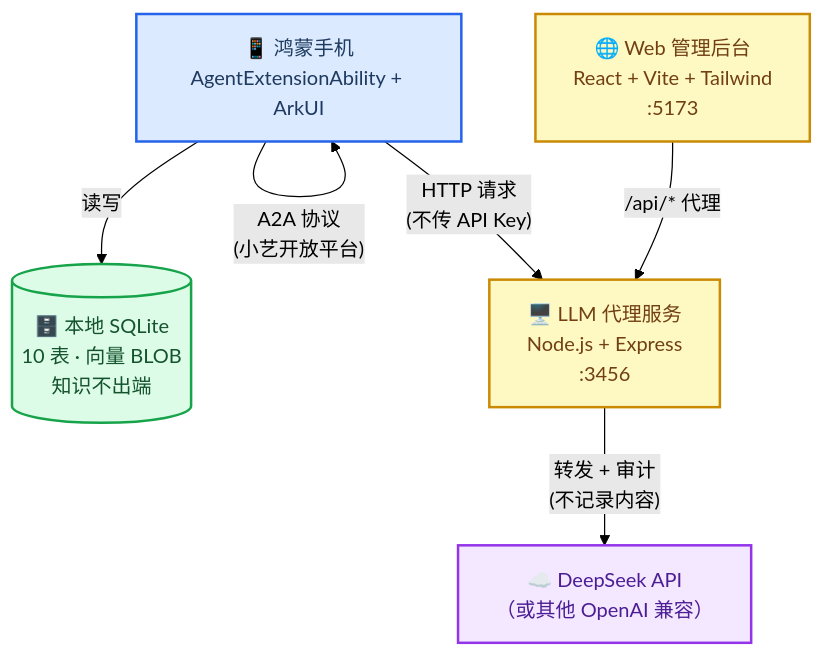
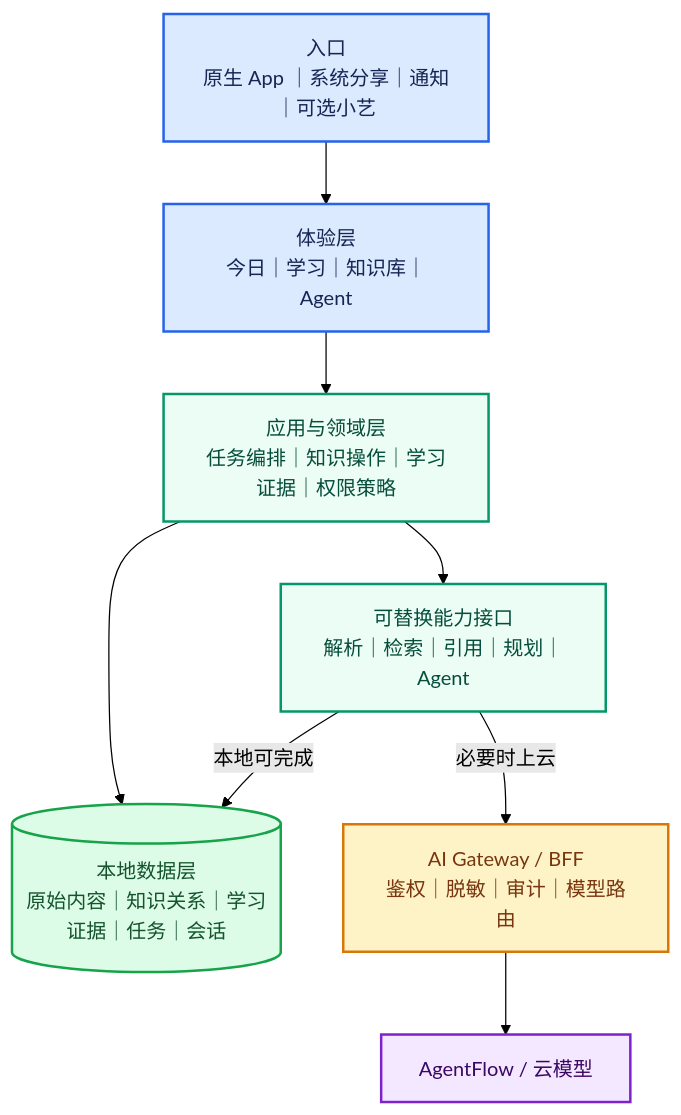
Before and after one commit to Tangzy0121/HarmonyAgent: the diagram in README.md, drawn with Mermaid (forest theme). The commit also changed other lines of this file and 2 other files, not shown here.

````diff
--- a/README.md
+++ b/README.md
@@ -24,27 +26,29 @@
 ```mermaid
 flowchart TB
-    accTitle: HarmonyAgent System Architecture
-    accDescr: Three-component system: HarmonyOS phone runs the main app with local SQLite, a Node.js proxy forwards LLM requests without storing content, and a React web admin provides management UI.
+    entry["入口<br/>原生 App ｜系统分享｜通知｜可选小艺"]
+    experience["体验层<br/>今日｜学习｜知识库｜Agent"]
+    domain["应用与领域层<br/>任务编排｜知识操作｜学习证据｜权限策略"]
+    capability["可替换能力接口<br/>解析｜检索｜引用｜规划｜Agent"]
+    local[("本地数据层<br/>原始内容｜知识关系｜学习证据｜任务｜会话")]
+    gateway["AI Gateway / BFF<br/>鉴权｜脱敏｜审计｜模型路由"]
+    model["AgentFlow / 云模型"]
 
-    phone["📱 鸿蒙手机\nAgentExtensionAbility + ArkUI"]
-    localdb[("🗄️ 本地 SQLite\n10 表 · 向量 BLOB\n知识不出端")]
-    proxy["🖥️ LLM 代理服务\nNode.js + Express\n:3456"]
-    llm["☁️ DeepSeek API\n（或其他 OpenAI 兼容）"]
-    admin["🌐 Web 管理后台\nReact + Vite + Tailwind\n:5173"]
+    entry --> experience --> domain
+    domain --> local
+    domain --> capability
+    capability -->|"本地可完成"| local
+    capability -->|"必要时上云"| gateway
+    gateway --> model
 
-    phone -->|"A2A 协议\n(小艺开放平台)"| phone
-    phone -->|"读写"| localdb
-    phone -->|"HTTP 请求\n(不传 API Key)"| proxy
-    proxy -->|"转发 + 审计\n(不记录内容)"| llm
-    admin -->|"/api/* 代理"| proxy
+    classDef core fill:#DBEAFE,stroke:#2563EB,stroke-width:2px,color:#172554
+    classDef domain fill:#ECFDF5,stroke:#059669,stroke-width:2px,color:#064E3B
+    classDef local fill:#DCFCE7,stroke:#16A34A,stroke-width:2px,color:#14532D
+    classDef service fill:#FEF3C7,stroke:#D97706,stroke-width:2px,color:#78350F
+    classDef cloud fill:#F3E8FF,stroke:#7E22CE,stroke-width:2px,color:#3B0764
 
-    classDef device fill:#dbeafe,stroke:#2563eb,stroke-width:2px,color:#1e3a5f
-    classDef storage fill:#dcfce7,stroke:#16a34a,stroke-width:2px,color:#14532d
-    classDef server fill:#fef9c3,stroke:#ca8a04,stroke-width:2px,color:#713f12
-    classDef cloud fill:#f3e8ff,stroke:#9333ea,stroke-width:2px,color:#4c1d95
-
-    class phone device
-    class localdb storage
-    class proxy,admin server
-    class llm cloud
+    class entry,experience core
+    class domain,capability domain
+    class local local
+    class gateway service
+    class model cloud
 ```
````
